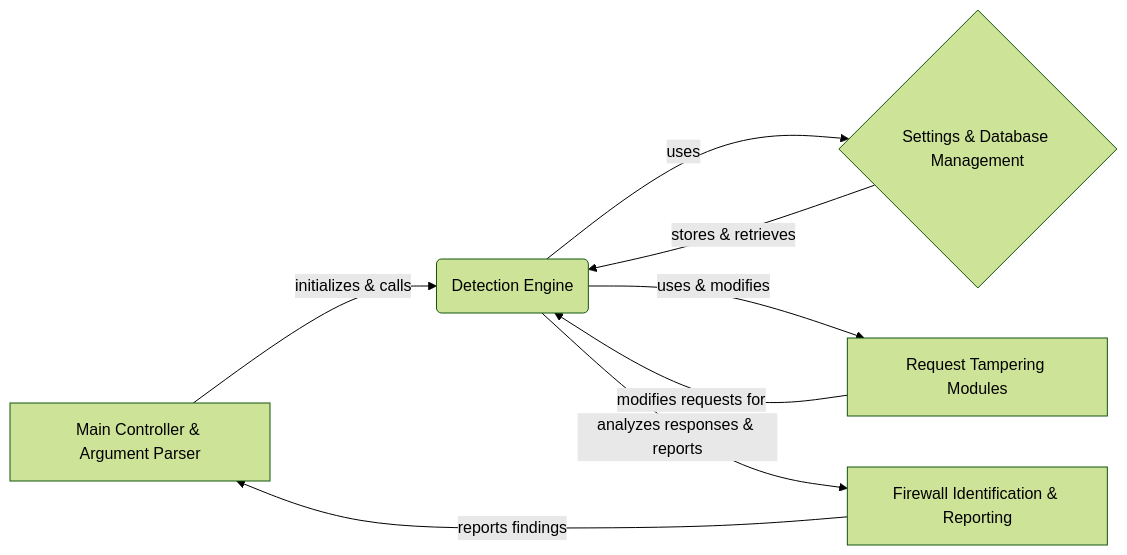
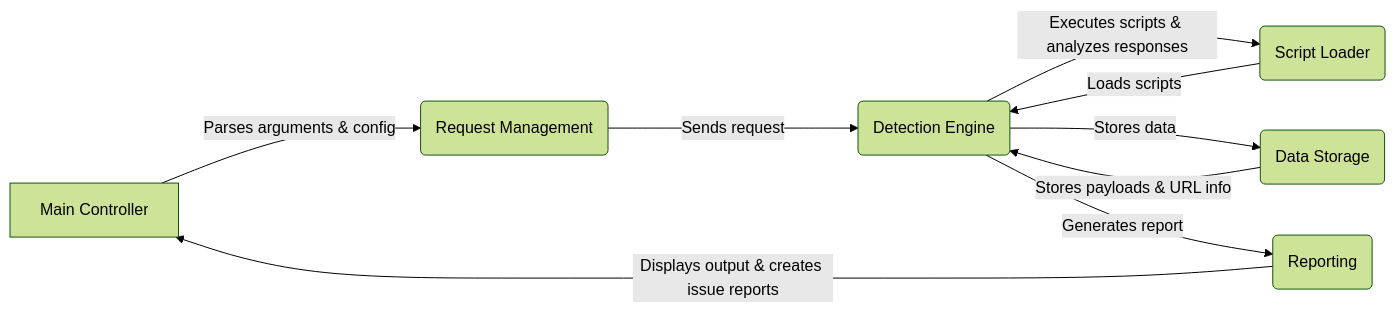
The diagram in WhatWaf/on_boarding.md (CodeBoarding/GeneratedOnBoardings), drawn with Mermaid (forest theme) before and after one commit. The commit also changed other lines of this file and 10 other files, not shown here.

````diff
--- a/WhatWaf/on_boarding.md
+++ b/WhatWaf/on_boarding.md
@@ -5,12 +5,11 @@
 ```mermaid
 graph LR
-    A[Main Controller & Argument Parser] -- initializes & calls --> B(Detection Engine)
-    B -- uses --> C{Settings & Database Management}
-    B -- uses & modifies --> E[Request Tampering Modules]
-    B -- analyzes responses & reports --> D[Firewall Identification & Reporting]
-    C -- stores & retrieves --> B
-    E -- modifies requests for --> B
-    D -- reports findings --> A
-
-
+    A[Main Controller] -- Parses arguments & config --> B(Request Management)
+    B -- Sends request --> C(Detection Engine)
+    C -- Executes scripts & analyzes responses --> D(Script Loader)
+    D -- Loads scripts --> C
+    C -- Stores data --> E(Data Storage)
+    E -- Stores payloads & URL info --> C
+    C -- Generates report --> F(Reporting)
+    F -- Displays output & creates issue reports --> A
 ```
````
